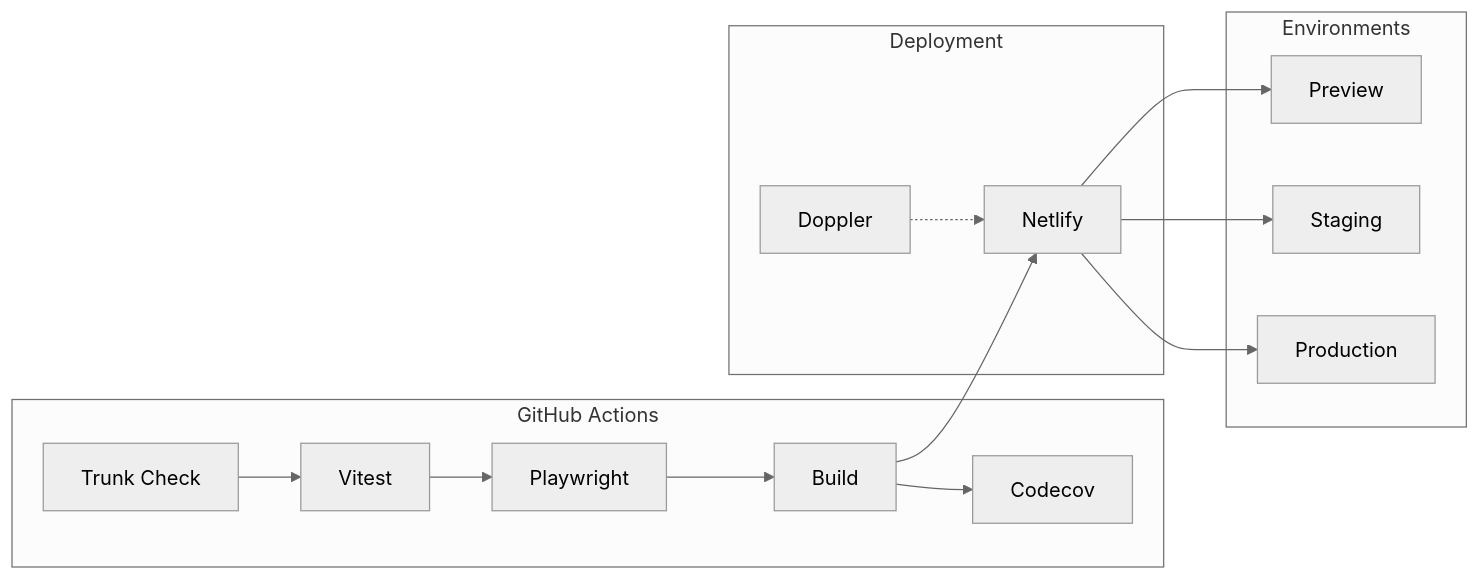
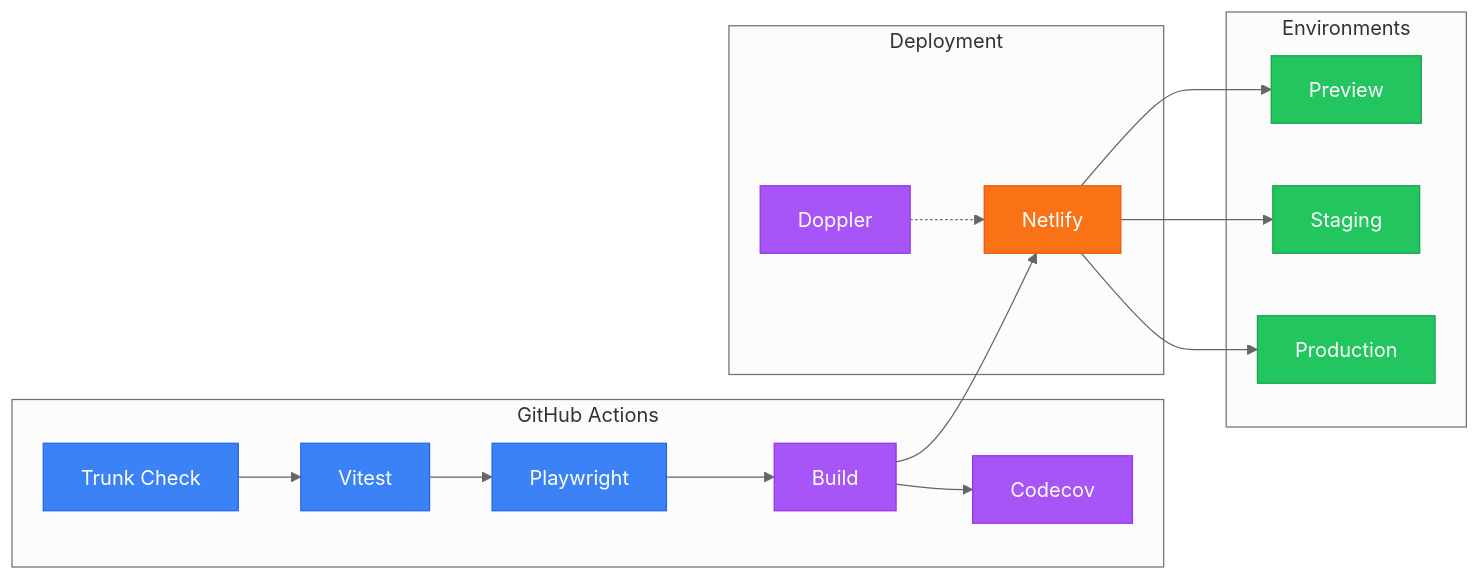
One commit to Natural-Highs/live changed the sixth of 6 diagrams in docs/project/00-overview.md. Above: the diagram before and after it, drawn with Mermaid (neutral theme). The commit also changed other lines of this file and 11 other files, not shown here.

````diff
--- a/docs/project/00-overview.md
+++ b/docs/project/00-overview.md
@@ -168,20 +203,31 @@
 ```mermaid
 flowchart LR
     subgraph CI["GitHub Actions"]
         LINT[Trunk Check] --> UNIT[Vitest]
         UNIT --> E2E[Playwright]
         E2E --> BUILD[Build]
         BUILD --> COV[Codecov]
     end
 
     subgraph DEPLOY["Deployment"]
         BUILD --> NETLIFY[Netlify]
         DOPPLER[Doppler] -.-> NETLIFY
     end
 
     subgraph ENVS["Environments"]
         NETLIFY --> DEV[Preview]
         NETLIFY --> STG[Staging]
         NETLIFY --> PRD[Production]
     end
+
+    style LINT fill:#3b82f6,stroke:#2563eb,color:#fff
+    style UNIT fill:#3b82f6,stroke:#2563eb,color:#fff
+    style E2E fill:#3b82f6,stroke:#2563eb,color:#fff
+    style BUILD fill:#a855f7,stroke:#9333ea,color:#fff
+    style COV fill:#a855f7,stroke:#9333ea,color:#fff
+    style NETLIFY fill:#f97316,stroke:#ea580c,color:#fff
+    style DOPPLER fill:#a855f7,stroke:#9333ea,color:#fff
+    style DEV fill:#22c55e,stroke:#16a34a,color:#fff
+    style STG fill:#22c55e,stroke:#16a34a,color:#fff
+    style PRD fill:#22c55e,stroke:#16a34a,color:#fff
 ```
````
